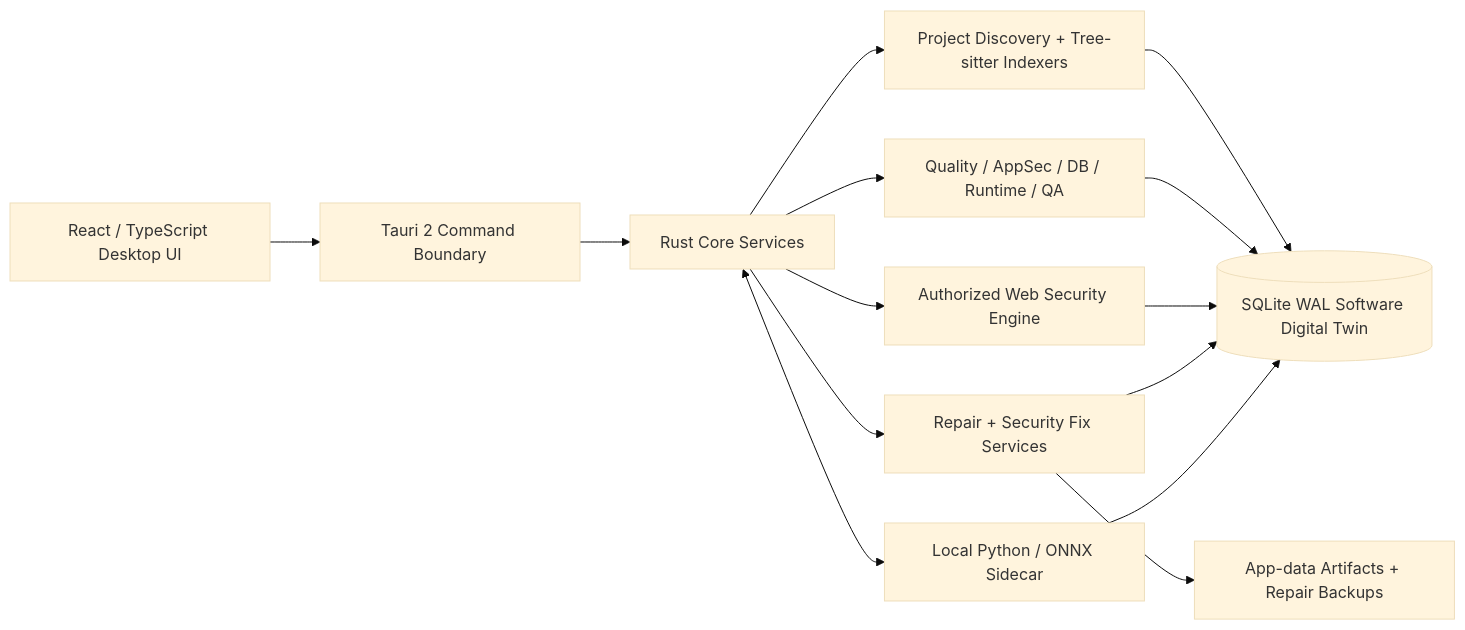
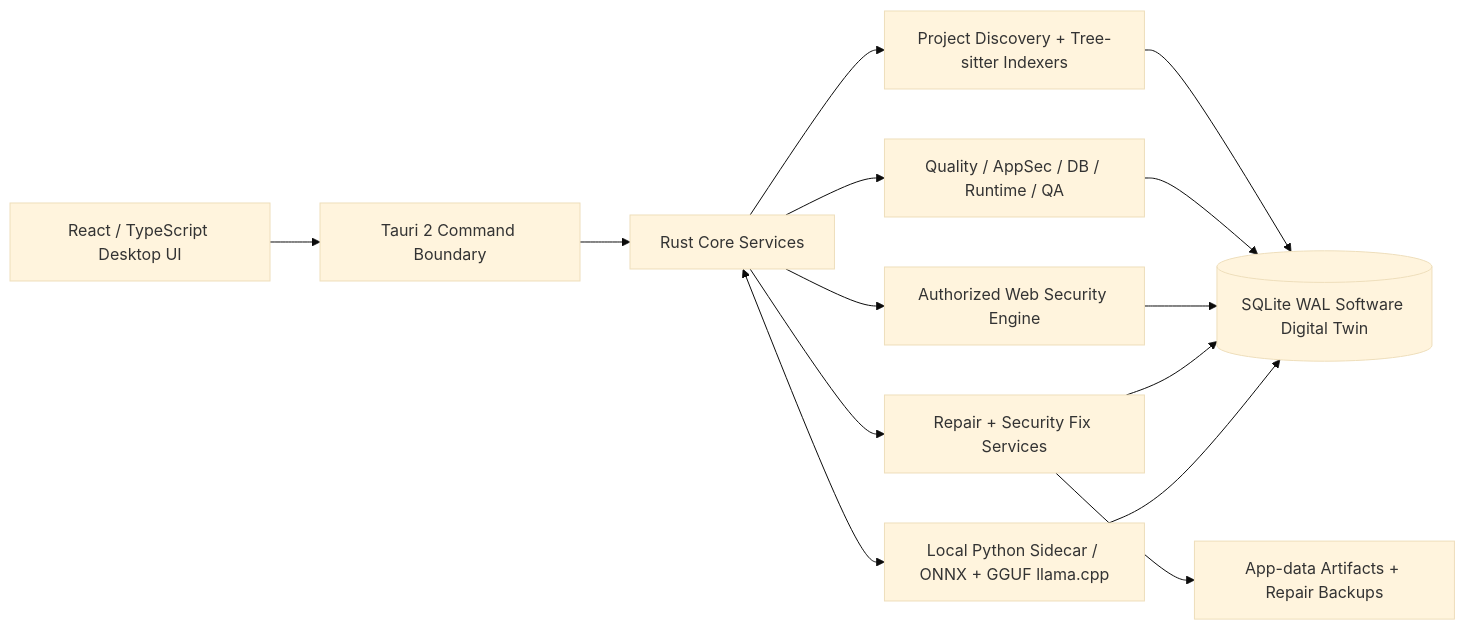
The diagram in README.md (smshagor-dev/CodeTwin-ML), drawn with Mermaid (base theme) before and after one commit. The commit also changed other lines of this file, not shown here.

```diff
--- a/README.md
+++ b/README.md
@@ -332,27 +333,27 @@
 ~~~mermaid
 flowchart LR
     UI[React / TypeScript Desktop UI]
     TAURI[Tauri 2 Command Boundary]
     CORE[Rust Core Services]
     DB[(SQLite WAL Software Digital Twin)]
     INDEX[Project Discovery + Tree-sitter Indexers]
     ANALYZERS[Quality / AppSec / DB / Runtime / QA]
     WEB[Authorized Web Security Engine]
     REPAIR[Repair + Security Fix Services]
-    ML[Local Python / ONNX Sidecar]
+    ML[Local Python Sidecar / ONNX + GGUF llama.cpp]
     ART[App-data Artifacts + Repair Backups]
 
     UI --> TAURI
     TAURI --> CORE
     CORE --> INDEX
     INDEX --> DB
     CORE --> ANALYZERS
     ANALYZERS --> DB
     CORE --> WEB
     WEB --> DB
     CORE --> REPAIR
     REPAIR --> DB
     REPAIR --> ART
     CORE <--> ML
     ML --> DB
 ~~~
```
